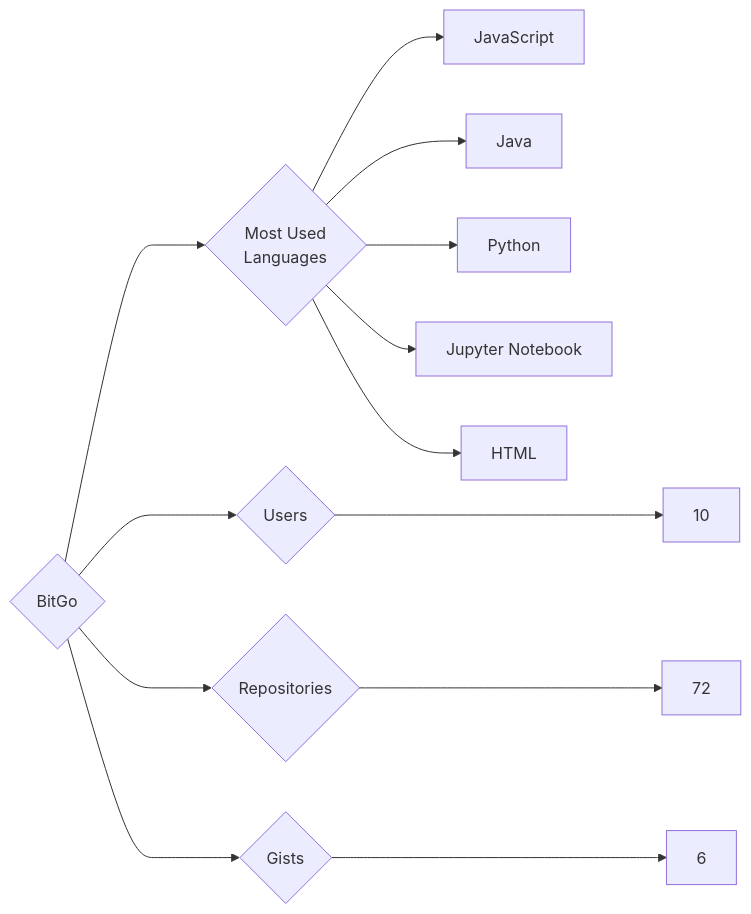
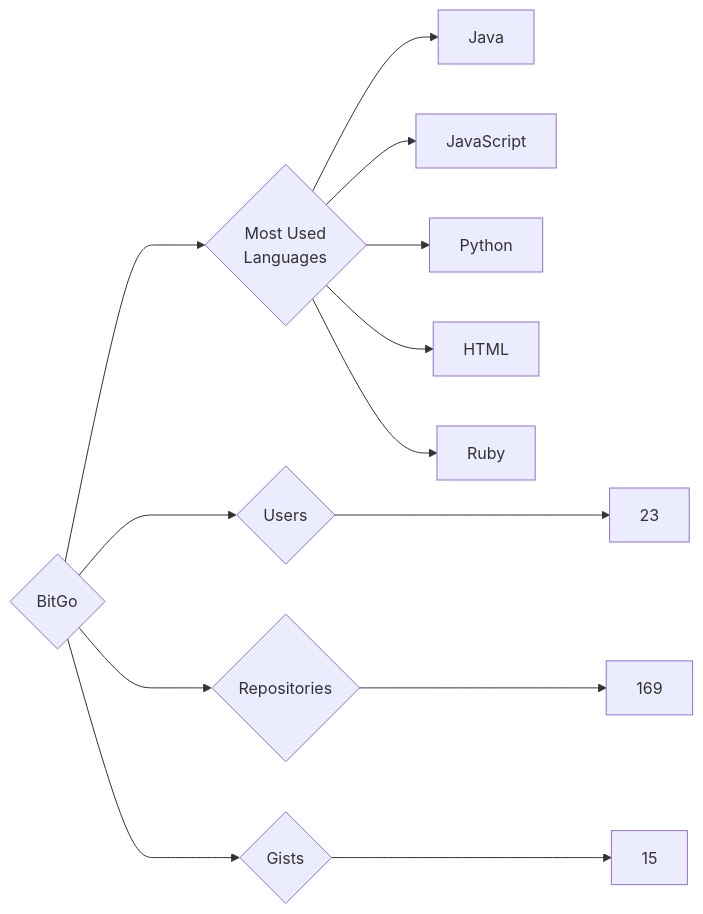
One commit to trickest/insiders changed the diagram in targets/BitGo/README.md. Above: the diagram before and after it, drawn with Mermaid. The commit also changed 894 other files, not shown here.

````diff
--- a/targets/BitGo/README.md
+++ b/targets/BitGo/README.md
@@ -3,13 +3,13 @@
 ```mermaid
 graph LR
 COMPANY_NAME{BitGo}
-COMPANY_NAME ---> U{Users} ---> UN[10]
-COMPANY_NAME ---> R{Repositories} ---> RN[72]
-COMPANY_NAME ---> G{Gists} ---> GN[6]
+COMPANY_NAME ---> U{Users} ---> UN[23]
+COMPANY_NAME ---> R{Repositories} ---> RN[169]
+COMPANY_NAME ---> G{Gists} ---> GN[15]
 COMPANY_NAME ---> ML{Most Used<br>Languages}
+ML --> Java[Java]
 ML --> JavaScript[JavaScript]
-ML --> Java[Java]
 ML --> Python[Python]
-ML --> Jupyter_Notebook[Jupyter Notebook]
 ML --> HTML[HTML]
+ML --> Ruby[Ruby]
 ```
````
